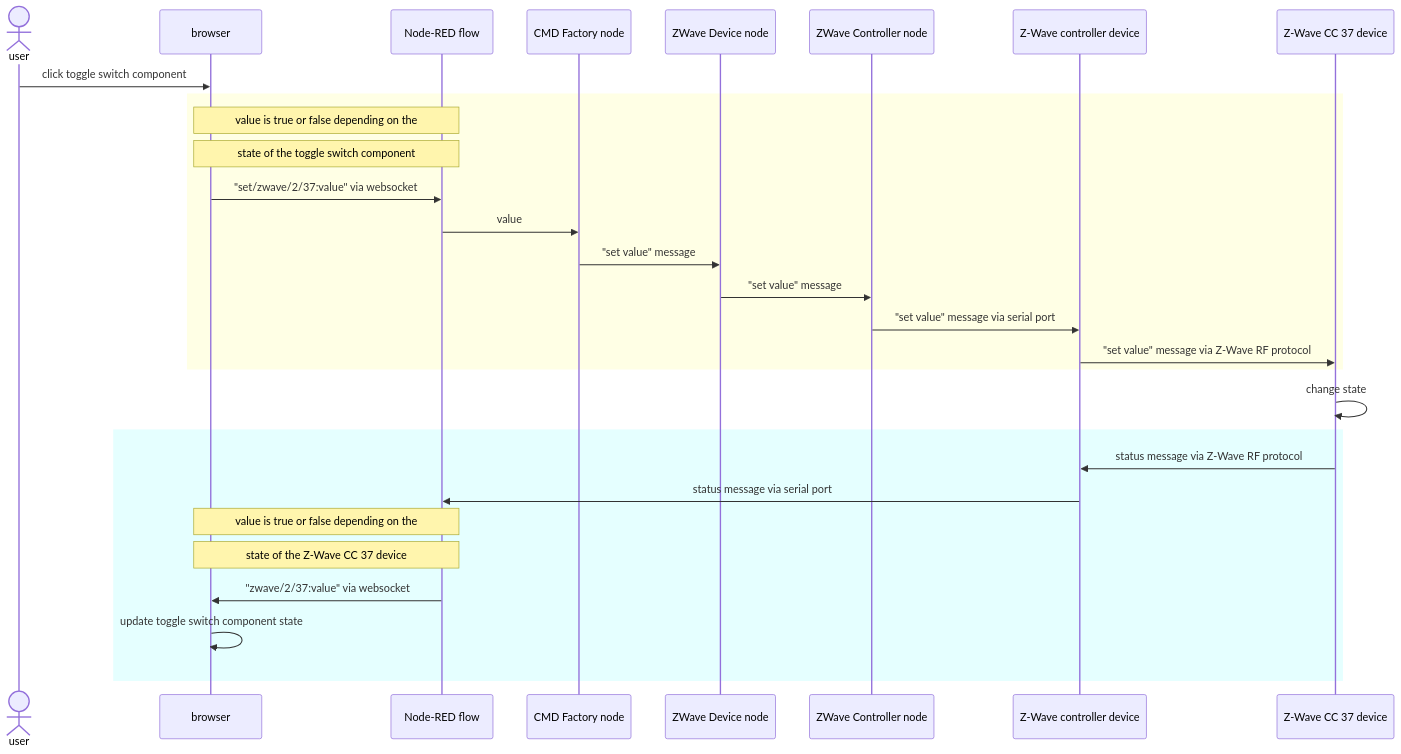
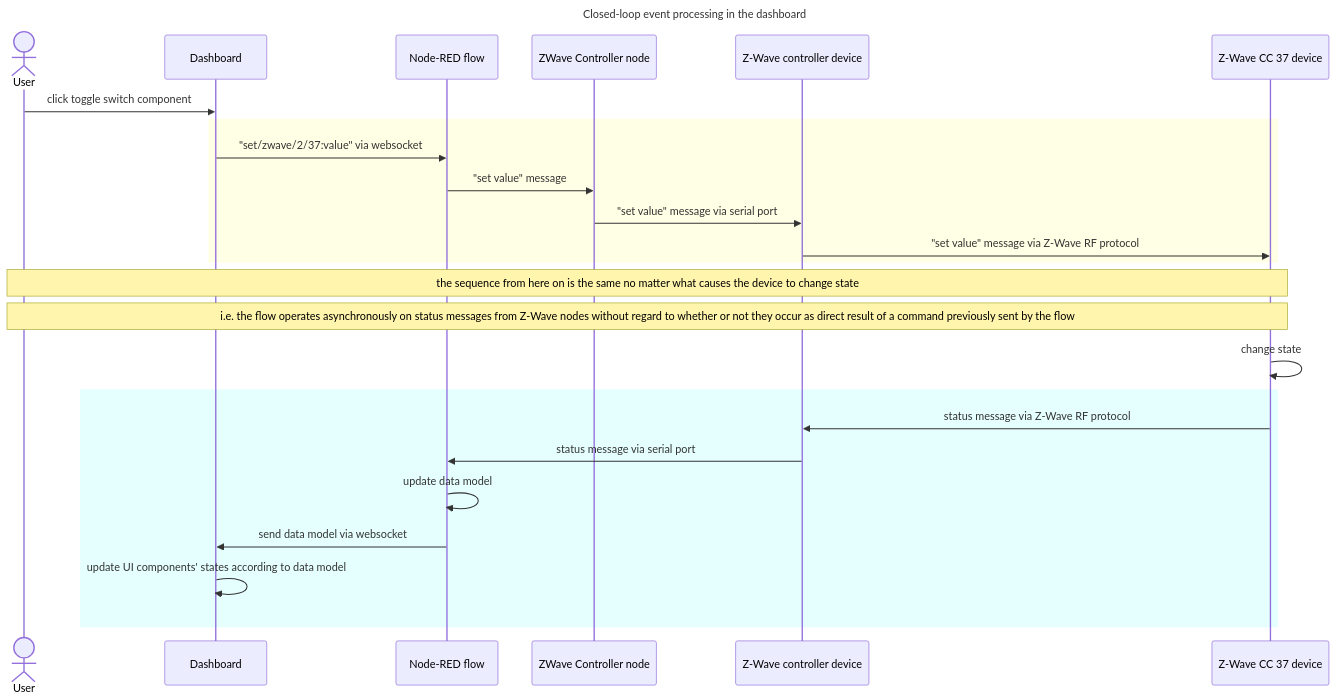
One commit to parasaurolophus/node-red-zwave-js-example changed the second of 3 diagrams in README.md. Above: the diagram before and after it, drawn with Mermaid. The commit also changed other lines of this file and 6 other files, not shown here.

````diff
--- a/README.md
+++ b/README.md
@@ -243,36 +296,35 @@
 ```mermaid
+---
+title: Closed-loop event processing in the dashboard
+---
 sequenceDiagram
 
-  actor user
-  participant browser
+  actor user as User
+  participant dashboard as Dashboard
   participant flow as Node-RED flow
-  participant cmdfactory as CMD Factory node
-  participant devicenode as ZWave Device node
   participant controllernode as ZWave Controller node
   participant dongle as Z-Wave controller device
   participant device as Z-Wave CC 37 device
 
-  user ->> browser: click toggle switch component
+  user ->> dashboard: click toggle switch component
 
   rect rgba(255, 255, 0, 0.1)
-    note over browser, flow: value is true or false depending on the
-    note over browser, flow: state of the toggle switch component
-    browser ->> flow: "set/zwave/2/37:value" via websocket
-    flow ->> cmdfactory: value
-    cmdfactory ->> devicenode: "set value" message
-    devicenode ->> controllernode: "set value" message
+    dashboard ->> flow: "set/zwave/2/37:value" via websocket
+    flow ->> controllernode: "set value" message
     controllernode ->> dongle: "set value" message via serial port
     dongle ->> device: "set value" message via Z-Wave RF protocol
   end
+
+  note over user, device: the sequence from here on is the same no matter what causes the device to change state
+  note over user, device: i.e. the flow operates asynchronously on status messages from Z-Wave nodes without regard to whether or not they occur as direct result of a command previously sent by the flow
 
   device ->> device: change state
 
   rect rgba(0, 255, 255, 0.1)
     device ->> dongle: status message via Z-Wave RF protocol
     dongle ->> flow: status message via serial port
-    note over browser, flow: value is true or false depending on the
-    note over browser, flow: state of the Z-Wave CC 37 device
-    flow ->> browser: "zwave/2/37:value" via websocket
-    browser ->> browser: update toggle switch component state
+    flow ->> flow: update data model
+    flow ->> dashboard: send data model via websocket
+    dashboard ->> dashboard: update UI components' states according to data model
   end
 ```
````
